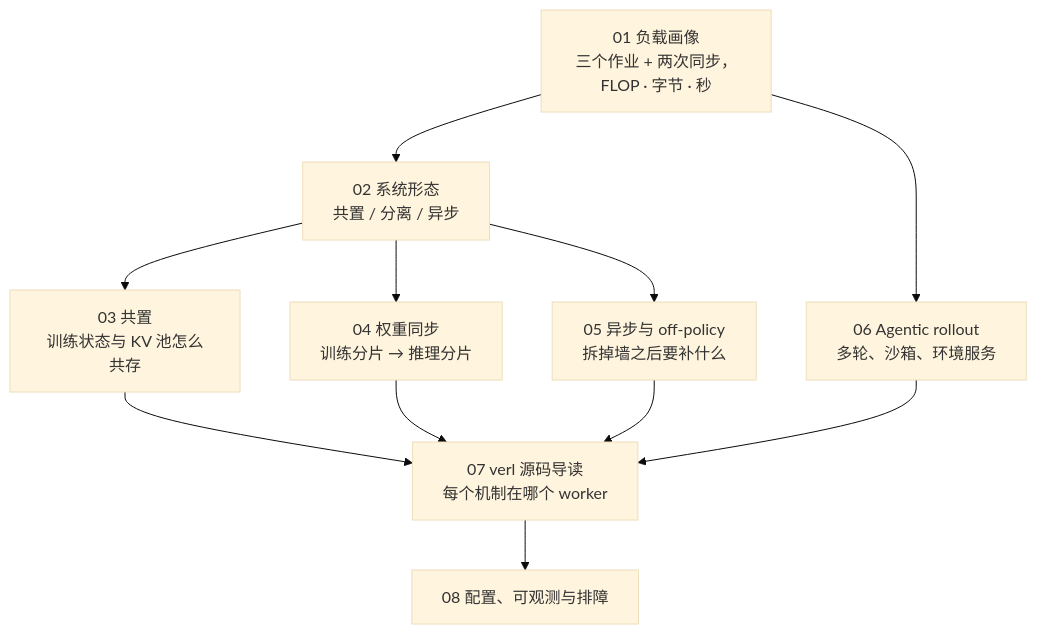
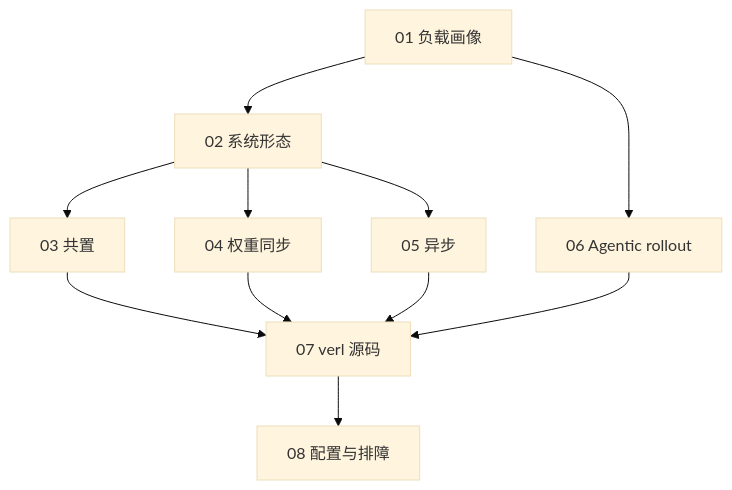
One commit to arganzheng/arganzheng.github.com changed the first of 2 diagrams in slides/2026-09-03-rl-post-training-infra.md. Above: the diagram before and after it, drawn with Mermaid (base theme).

Commit message:
slides/rl-post-training-infra: cut/shorten mermaid diagrams below 14px rendered text (check-render smalltext/overlap)

````diff
--- a/slides/2026-09-03-rl-post-training-infra.md
+++ b/slides/2026-09-03-rl-post-training-infra.md
@@ -34,11 +34,11 @@
 ```mermaid
 %%{init: {"flowchart": {"wrappingWidth": 170}}}%%
 flowchart TB
-    R1["01 负载画像<br/>三个作业 + 两次同步，FLOP · 字节 · 秒"] --> R2["02 系统形态<br/>共置 / 分离 / 异步"]
-    R2 --> R3["03 共置<br/>训练状态与 KV 池怎么共存"]
-    R2 --> R4["04 权重同步<br/>训练分片 → 推理分片"]
-    R2 --> R5["05 异步与 off-policy<br/>拆掉墙之后要补什么"]
-    R1 --> R6["06 Agentic rollout<br/>多轮、沙箱、环境服务"]
-    R3 & R4 & R5 & R6 --> R7["07 verl 源码导读<br/>每个机制在哪个 worker"]
-    R7 --> R8["08 配置、可观测与排障"]
+    R1["01 负载画像"] --> R2["02 系统形态"]
+    R2 --> R3["03 共置"]
+    R2 --> R4["04 权重同步"]
+    R2 --> R5["05 异步"]
+    R1 --> R6["06 Agentic rollout"]
+    R3 & R4 & R5 & R6 --> R7["07 verl 源码"]
+    R7 --> R8["08 配置与排障"]
 ```
````
